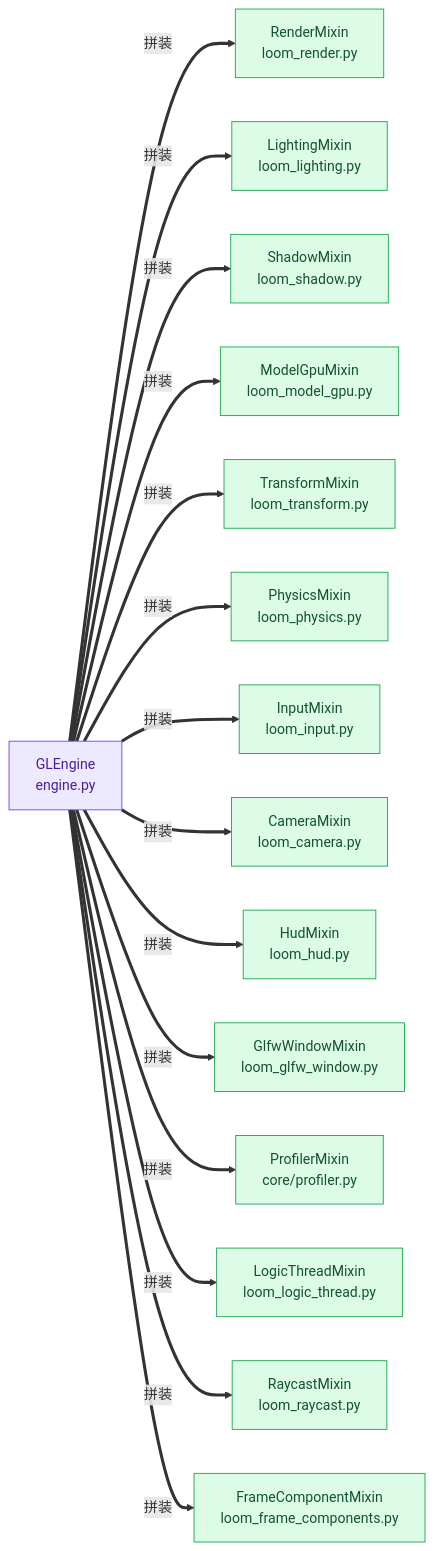
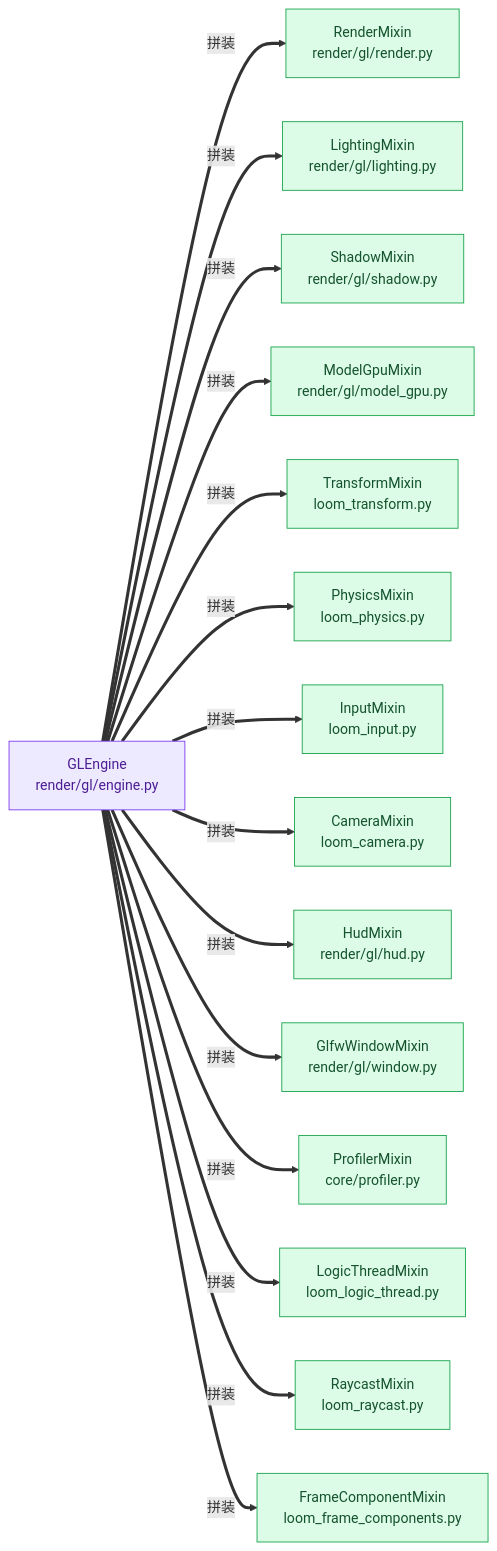
Before and after one commit to lhy302/WeaveEngine: the second of 23 diagrams in ARCHITECTURE.md, drawn with Mermaid. The commit also changed other lines of this file and 97 other files, not shown here.

````diff
--- a/ARCHITECTURE.md
+++ b/ARCHITECTURE.md
@@ -163,20 +163,20 @@
 ```mermaid
 flowchart LR
-  G["GLEngine<br/>engine.py"]:::facade
-  G ==>|拼装| M1["RenderMixin<br/>loom_render.py"]:::impl
-  G ==>|拼装| M2["LightingMixin<br/>loom_lighting.py"]:::impl
-  G ==>|拼装| M3["ShadowMixin<br/>loom_shadow.py"]:::impl
-  G ==>|拼装| M4["ModelGpuMixin<br/>loom_model_gpu.py"]:::impl
+  G["GLEngine<br/>render/gl/engine.py"]:::facade
+  G ==>|拼装| M1["RenderMixin<br/>render/gl/render.py"]:::impl
+  G ==>|拼装| M2["LightingMixin<br/>render/gl/lighting.py"]:::impl
+  G ==>|拼装| M3["ShadowMixin<br/>render/gl/shadow.py"]:::impl
+  G ==>|拼装| M4["ModelGpuMixin<br/>render/gl/model_gpu.py"]:::impl
   G ==>|拼装| M5["TransformMixin<br/>loom_transform.py"]:::impl
   G ==>|拼装| M6["PhysicsMixin<br/>loom_physics.py"]:::impl
   G ==>|拼装| M7["InputMixin<br/>loom_input.py"]:::impl
   G ==>|拼装| M8["CameraMixin<br/>loom_camera.py"]:::impl
-  G ==>|拼装| M9["HudMixin<br/>loom_hud.py"]:::impl
-  G ==>|拼装| M10["GlfwWindowMixin<br/>loom_glfw_window.py"]:::impl
+  G ==>|拼装| M9["HudMixin<br/>render/gl/hud.py"]:::impl
+  G ==>|拼装| M10["GlfwWindowMixin<br/>render/gl/window.py"]:::impl
   G ==>|拼装| M11["ProfilerMixin<br/>core/profiler.py"]:::impl
   G ==>|拼装| M12["LogicThreadMixin<br/>loom_logic_thread.py"]:::impl
   G ==>|拼装| M13["RaycastMixin<br/>loom_raycast.py"]:::impl
   G ==>|拼装| M14["FrameComponentMixin<br/>loom_frame_components.py"]:::impl
   classDef facade fill:#ede9fe,stroke:#7c3aed,color:#4c1d95
   classDef impl fill:#dcfce7,stroke:#16a34a,color:#14532d
 ```
````
